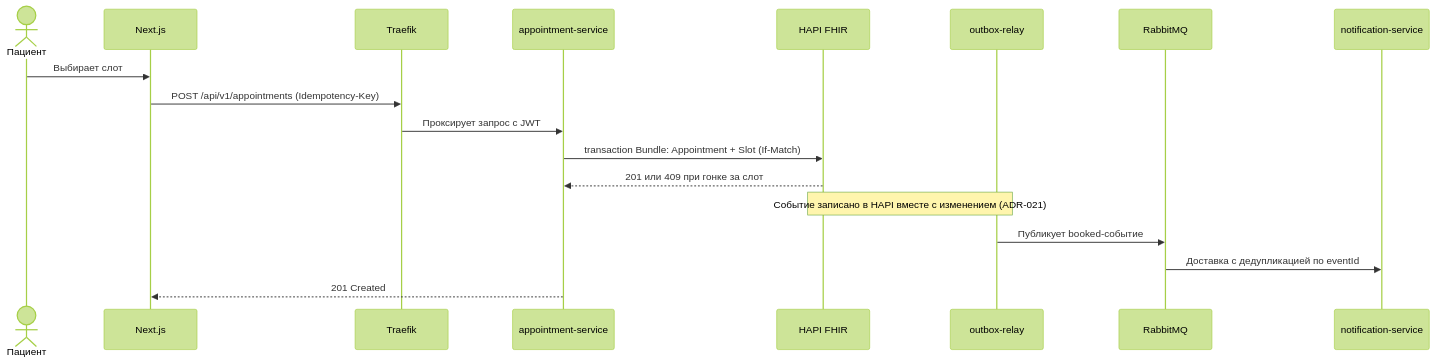
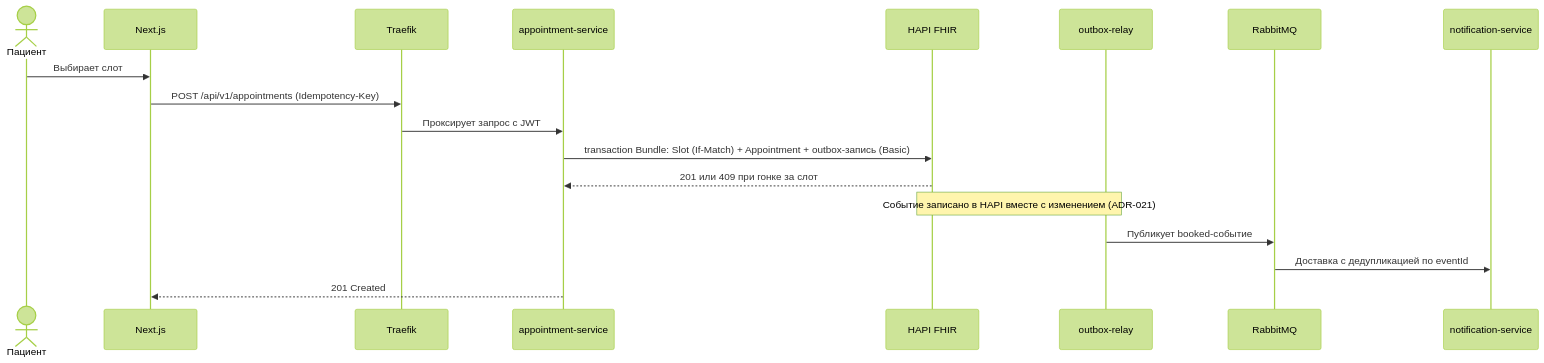
The second of 2 diagrams in README.md (roma6kk/MedCenter), drawn with Mermaid (forest theme) before and after one commit.

Commit message:
docs(readme): уточнить сценарий записи в диаграмме
Bundle бронирования содержит и оптимистичную блокировку слота (If-Match,
ADR-012), и outbox-запись в одной транзакции (ADR-021).

````diff
--- a/README.md
+++ b/README.md
@@ -126,21 +126,21 @@
 ```mermaid
 sequenceDiagram
   actor Patient as Пациент
   participant Web as Next.js
   participant Edge as Traefik
   participant Appt as appointment-service
   participant HAPI as HAPI FHIR
   participant Relay as outbox-relay
   participant MQ as RabbitMQ
   participant Notif as notification-service
 
   Patient->>Web: Выбирает слот
   Web->>Edge: POST /api/v1/appointments (Idempotency-Key)
   Edge->>Appt: Проксирует запрос с JWT
-  Appt->>HAPI: transaction Bundle: Appointment + Slot (If-Match)
+  Appt->>HAPI: transaction Bundle: Slot (If-Match) + Appointment + outbox-запись (Basic)
   HAPI-->>Appt: 201 или 409 при гонке за слот
   Note over HAPI,Relay: Событие записано в HAPI вместе с изменением (ADR-021)
   Relay->>MQ: Публикует booked-событие
   MQ->>Notif: Доставка с дедупликацией по eventId
   Appt-->>Web: 201 Created
 ```
````
